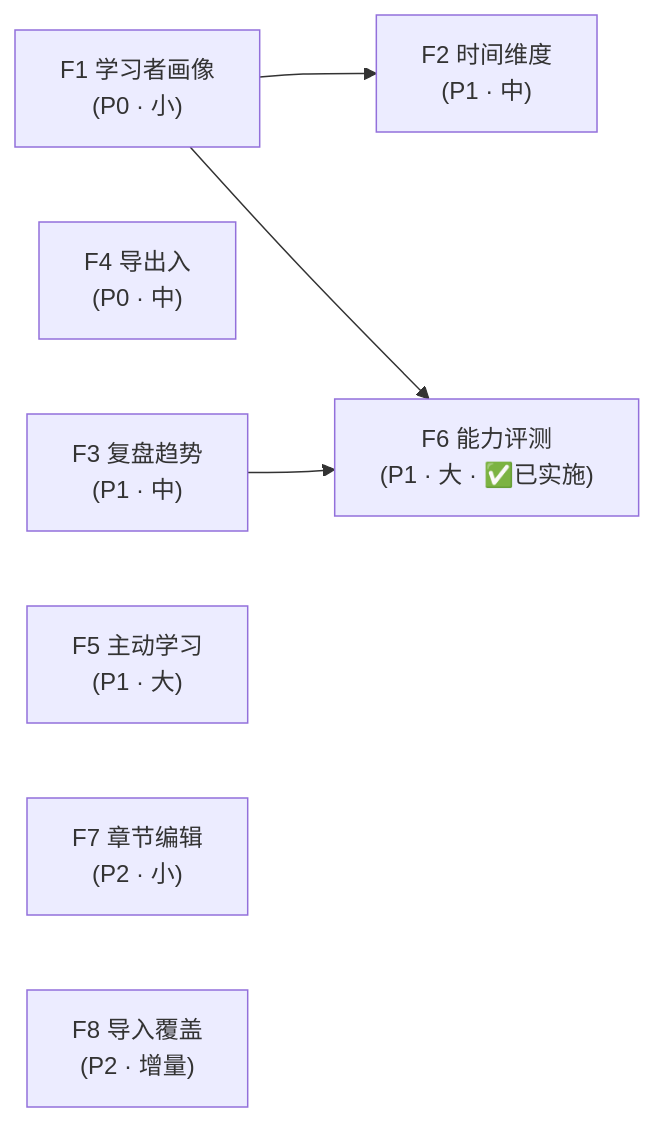
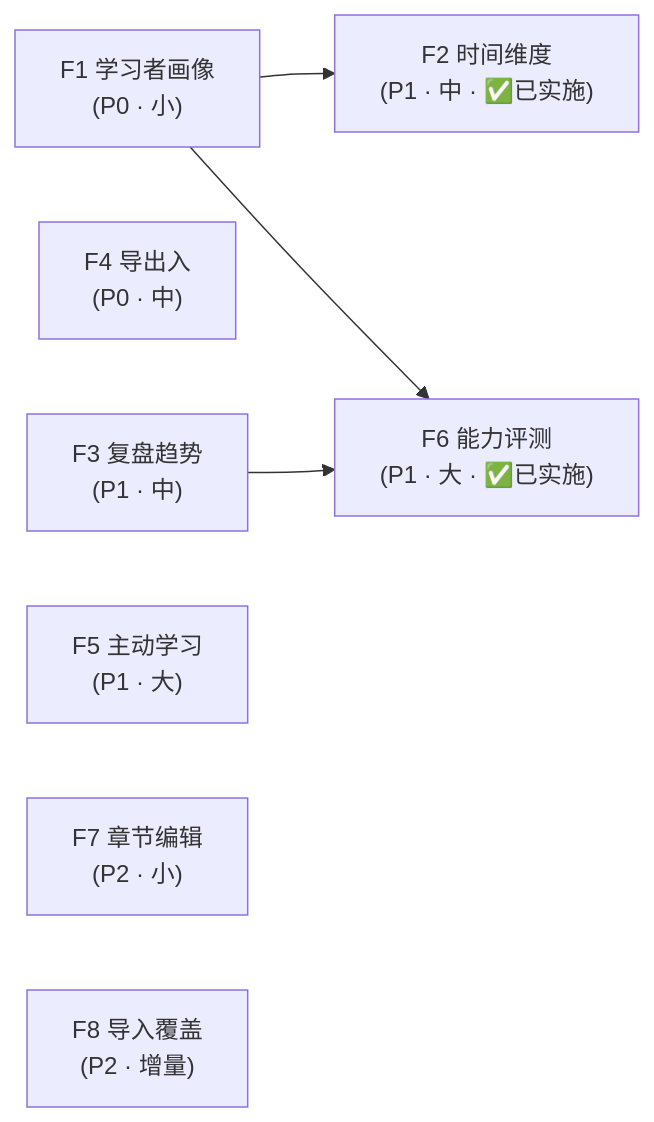
Before and after one commit to JackXuyi/Personal-Learning-OS: the diagram in docs/roadmap-next-features-plan-2026-09.md, drawn with Mermaid. The commit also changed other lines of this file and 4 other files, not shown here.

First line of the commit message:
docs: F2 技术方案 + 执行记录 + README 31/14 + roadmap 同步

````diff
--- a/docs/roadmap-next-features-plan-2026-09.md
+++ b/docs/roadmap-next-features-plan-2026-09.md
@@ -334,19 +340,19 @@
 ```mermaid
 flowchart LR
     F1["F1 学习者画像<br/>(P0 · 小)"]
     F4["F4 导出入<br/>(P0 · 中)"]
     F3["F3 复盘趋势<br/>(P1 · 中)"]
-    F2["F2 时间维度<br/>(P1 · 中)"]
+    F2["F2 时间维度<br/>(P1 · 中 · ✅已实施)"]
     F5["F5 主动学习<br/>(P1 · 大)"]
     F6["F6 能力评测<br/>(P1 · 大 · ✅已实施)"]
     F7["F7 章节编辑<br/>(P2 · 小)"]
     F8["F8 导入覆盖<br/>(P2 · 增量)"]
 
     F1 --> F2
     F1 --> F6
     F3 --> F6
     F4
     F5
     F7
     F8
 ```
````
